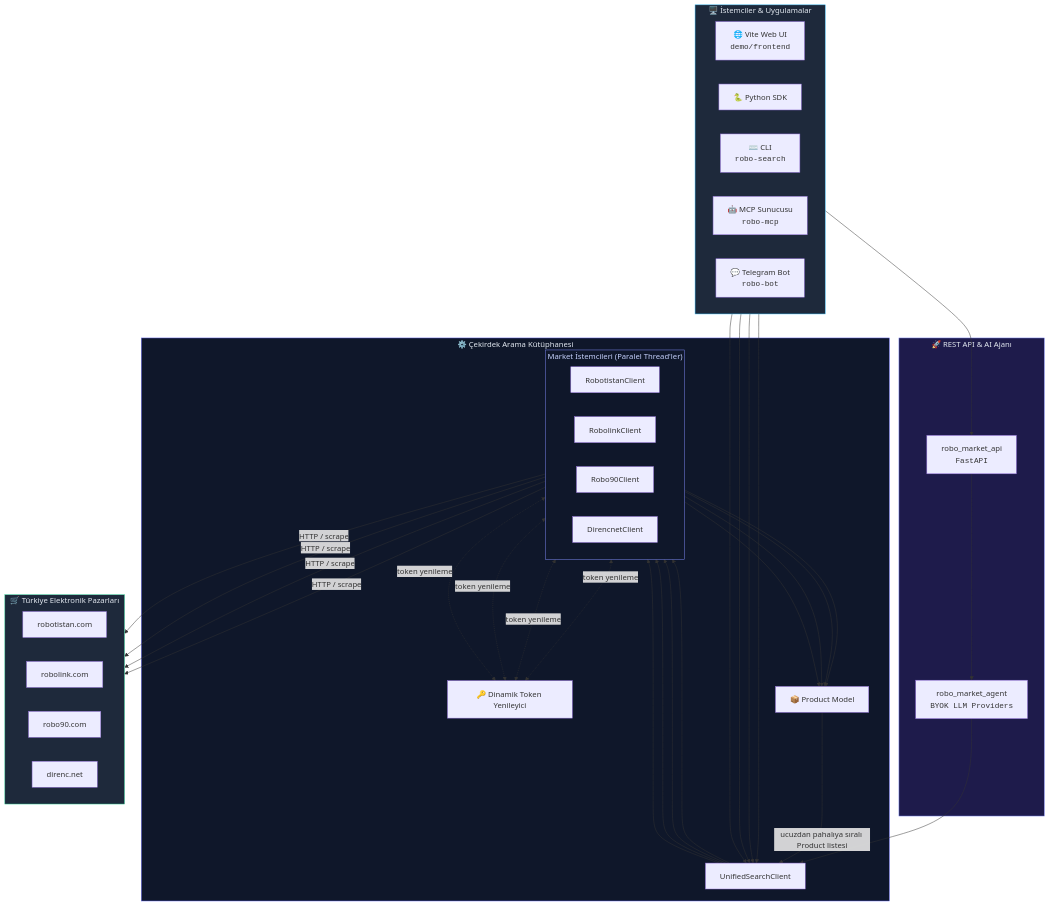
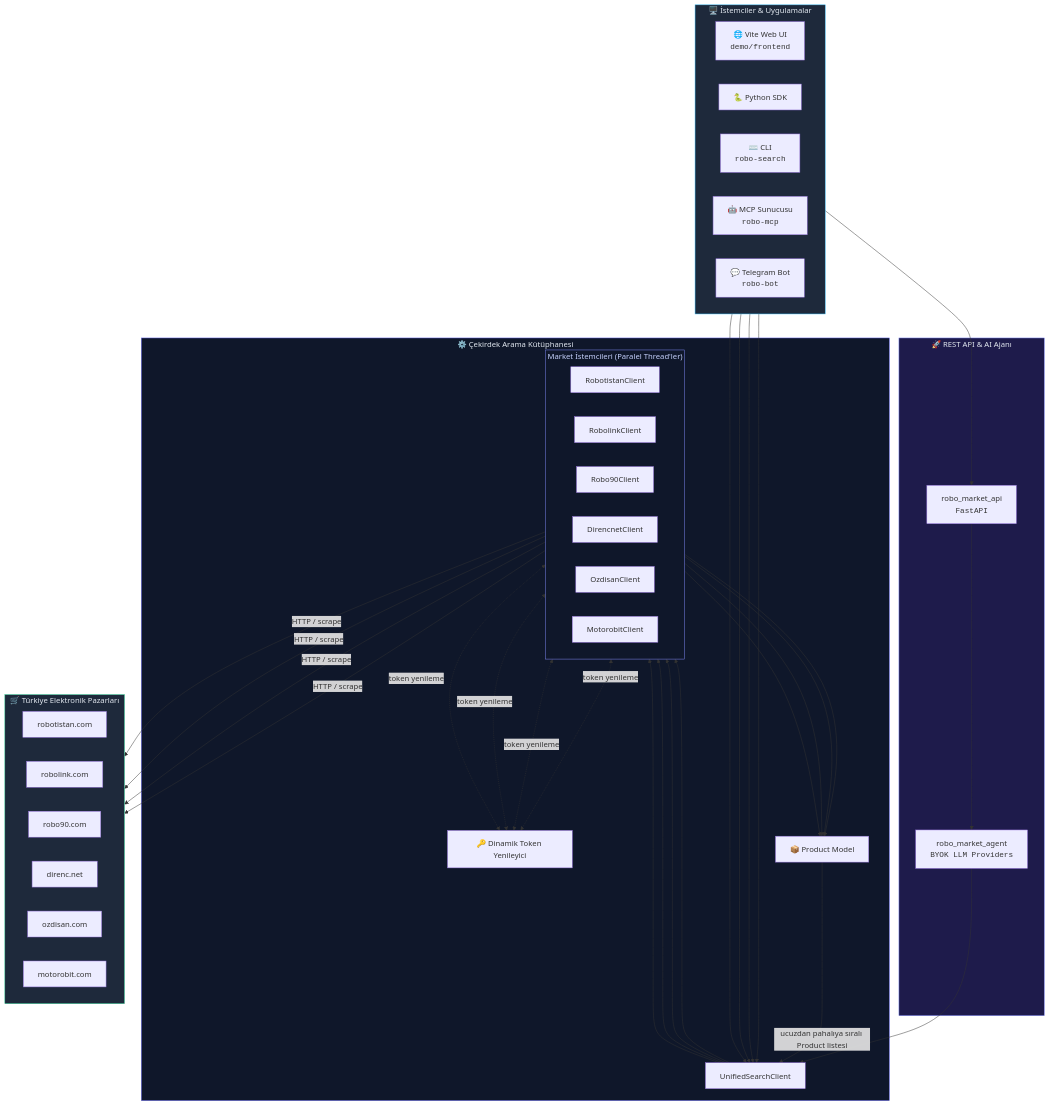
Before and after one commit to AtaCanYmc/robo-market-search: the first of 2 diagrams in README.md, drawn with Mermaid. The commit also changed other lines of this file and 16 other files, not shown here.

Commit message:
feat(scrapers): implement OzdisanClient and MotorobitClient integrations

````diff
--- a/README.md
+++ b/README.md
@@ -104,66 +104,70 @@
 ```mermaid
 graph TB
     subgraph Clients["🖥️ İstemciler & Uygulamalar"]
         direction LR
         WEB["🌐 Vite Web UI<br/><code>demo/frontend</code>"]
         PY["🐍 Python SDK"]
         CLI["⌨️ CLI<br/><code>robo-search</code>"]
         MCP["🤖 MCP Sunucusu<br/><code>robo-mcp</code>"]
         BOT["💬 Telegram Bot<br/><code>robo-bot</code>"]
     end
 
     subgraph API["🚀 REST API & AI Ajanı"]
         REST["robo_market_api<br/><code>FastAPI</code>"]
         AGENT["robo_market_agent<br/><code>BYOK LLM Providers</code>"]
     end
 
     subgraph Core["⚙️ Çekirdek Arama Kütüphanesi"]
         UC["UnifiedSearchClient"]
         subgraph Scrapers["Market İstemcileri (Paralel Thread'ler)"]
             direction LR
             R1["RobotistanClient"]
             R2["RobolinkClient"]
             R3["Robo90Client"]
             R4["DirencnetClient"]
+            R5["OzdisanClient"]
+            R6["MotorobitClient"]
         end
         TK["🔑 Dinamik Token Yenileyici"]
         MD["📦 Product Model"]
     end
 
     subgraph Markets["🛒 Türkiye Elektronik Pazarları"]
         direction LR
         M1["robotistan.com"]
         M2["robolink.com"]
         M3["robo90.com"]
         M4["direnc.net"]
+        M5["ozdisan.com"]
+        M6["motorobit.com"]
     end
 
     WEB --> REST
     PY  --> UC
     CLI --> UC
     MCP --> UC
     BOT --> UC
 
     REST --> AGENT
     AGENT --> UC
 
     UC --> R1 & R2 & R3 & R4
     R1 <-.->|token yenileme| TK
     R2 <-.->|token yenileme| TK
     R3 <-.->|token yenileme| TK
     R4 <-.->|token yenileme| TK
 
     R1 -->|HTTP / scrape| M1
     R2 -->|HTTP / scrape| M2
     R3 -->|HTTP / scrape| M3
     R4 -->|HTTP / scrape| M4
 
     R1 & R2 & R3 & R4 --> MD
     MD -->|"ucuzdan pahalıya sıralı Product listesi"| UC
 
     style Clients fill:#1e293b,stroke:#38bdf8,color:#e2e8f0
     style API     fill:#1e1b4b,stroke:#818cf8,color:#e2e8f0
     style Core    fill:#0f172a,stroke:#6366f1,color:#e2e8f0
     style Markets fill:#1e293b,stroke:#34d399,color:#e2e8f0
     style Scrapers fill:#0f172a,stroke:#818cf8,color:#c7d2fe
 ```
````
